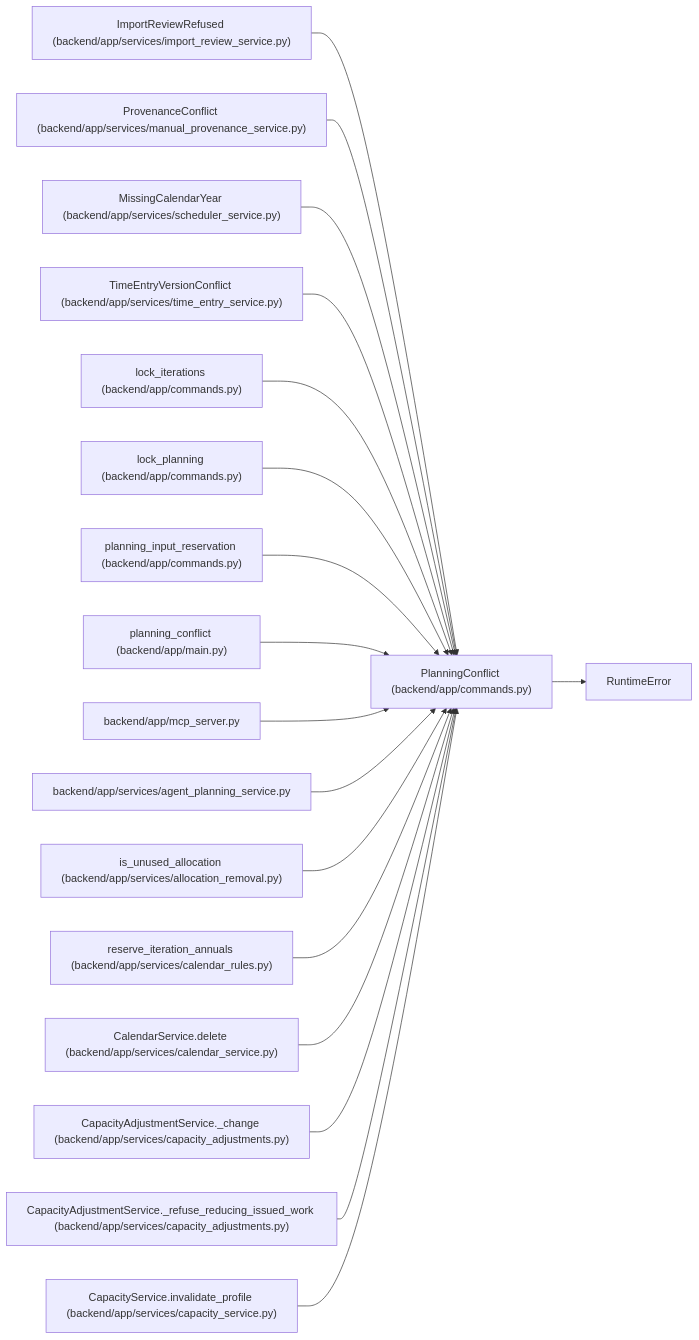
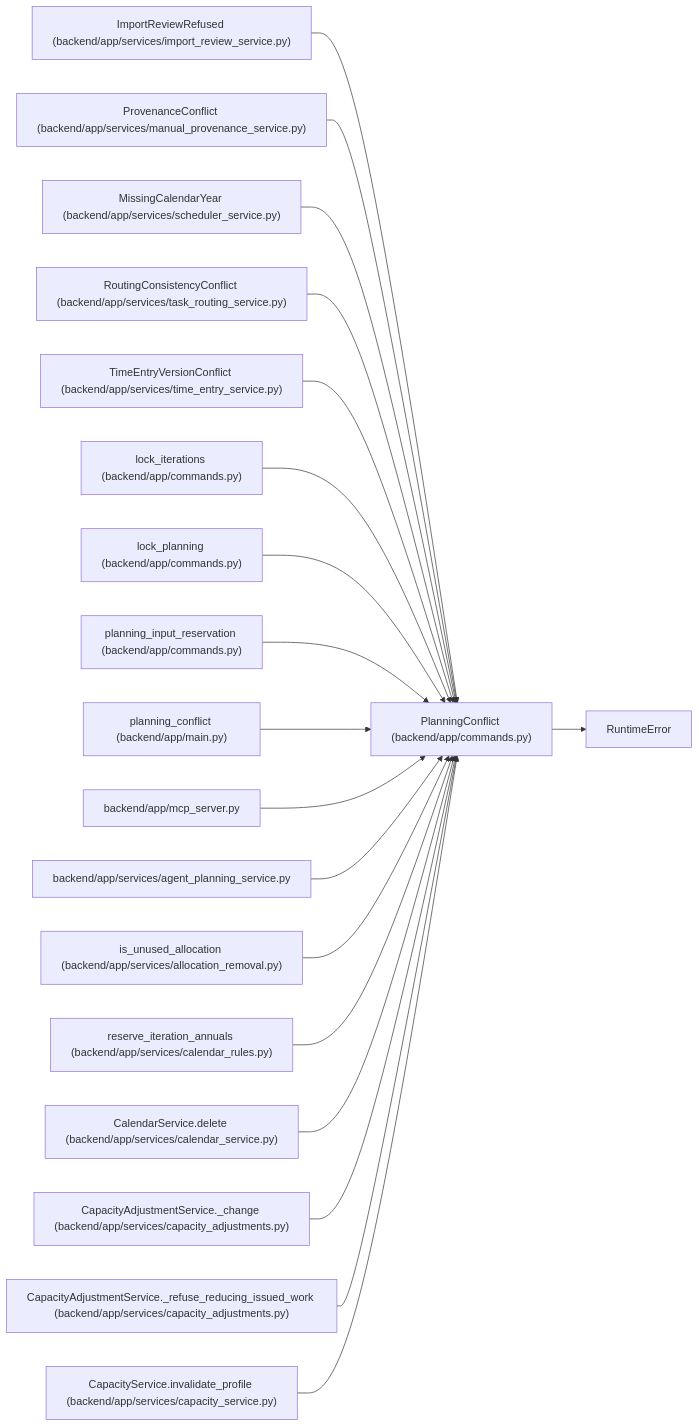
One commit to Denissvgn/WorkChord changed the diagram in docs/llm_wiki/entities/PlanningConflict.md. Above: the diagram before and after it, drawn with Mermaid. The commit also changed other lines of this file and 981 other files, not shown here.

Commit message:
Sync the architectural wiki for structured task routing

````diff
--- a/docs/llm_wiki/entities/PlanningConflict.md
+++ b/docs/llm_wiki/entities/PlanningConflict.md
@@ -26,55 +26,58 @@
 ```mermaid
 flowchart LR
     n0["PlanningConflict (backend/app/commands.py)"]
     n1["RuntimeError"]
     n2["ImportReviewRefused (backend/app/services/import_review_service.py)"]
     n3["ProvenanceConflict (backend/app/services/manual_provenance_service.py)"]
     n4["MissingCalendarYear (backend/app/services/scheduler_service.py)"]
-    n5["TimeEntryVersionConflict (backend/app/services/time_entry_service.py)"]
-    n6["lock_iterations (backend/app/commands.py)"]
-    n7["lock_planning (backend/app/commands.py)"]
-    n8["planning_input_reservation (backend/app/commands.py)"]
-    n9["planning_conflict (backend/app/main.py)"]
-    n10["backend/app/mcp_server.py"]
-    n11["backend/app/services/agent_planning_service.py"]
-    n12["is_unused_allocation (backend/app/services/allocation_removal.py)"]
-    n13["reserve_iteration_annuals (backend/app/services/calendar_rules.py)"]
-    n14["CalendarService.delete (backend/app/services/calendar_service.py)"]
-    n15["CapacityAdjustmentService._change (backend/app/services/capacity_adjustments.py)"]
-    n16["CapacityAdjustmentService._refuse_reducing_issued_work (backend/app/services/capacity_adjustments.py)"]
-    n17["CapacityService.invalidate_profile (backend/app/services/capacity_service.py)"]
+    n5["RoutingConsistencyConflict (backend/app/services/task_routing_service.py)"]
+    n6["TimeEntryVersionConflict (backend/app/services/time_entry_service.py)"]
+    n7["lock_iterations (backend/app/commands.py)"]
+    n8["lock_planning (backend/app/commands.py)"]
+    n9["planning_input_reservation (backend/app/commands.py)"]
+    n10["planning_conflict (backend/app/main.py)"]
+    n11["backend/app/mcp_server.py"]
+    n12["backend/app/services/agent_planning_service.py"]
+    n13["is_unused_allocation (backend/app/services/allocation_removal.py)"]
+    n14["reserve_iteration_annuals (backend/app/services/calendar_rules.py)"]
+    n15["CalendarService.delete (backend/app/services/calendar_service.py)"]
+    n16["CapacityAdjustmentService._change (backend/app/services/capacity_adjustments.py)"]
+    n17["CapacityAdjustmentService._refuse_reducing_issued_work (backend/app/services/capacity_adjustments.py)"]
+    n18["CapacityService.invalidate_profile (backend/app/services/capacity_service.py)"]
     n0 --> n1
     n2 --> n0
     n3 --> n0
     n4 --> n0
     n5 --> n0
     n6 --> n0
     n7 --> n0
     n8 --> n0
     n9 --> n0
     n10 --> n0
     n11 --> n0
     n12 --> n0
     n13 --> n0
     n14 --> n0
     n15 --> n0
     n16 --> n0
     n17 --> n0
+    n18 --> n0
     click n0 "../modules/commands.md"
     click n2 "../modules/import_review_service.md"
     click n3 "../modules/manual_provenance_service.md"
     click n4 "../modules/scheduler_service.md"
-    click n5 "../modules/time_entry_service.md"
-    click n6 "../modules/commands.md"
+    click n5 "../modules/task_routing_service.md"
+    click n6 "../modules/time_entry_service.md"
     click n7 "../modules/commands.md"
     click n8 "../modules/commands.md"
-    click n9 "../modules/app_main.md"
-    click n10 "../modules/mcp_server.md"
-    click n11 "../modules/agent_planning_service.md"
-    click n12 "../modules/allocation_removal.md"
-    click n13 "../modules/calendar_rules.md"
-    click n14 "../modules/calendar_service.md"
-    click n15 "../modules/capacity_adjustments.md"
+    click n9 "../modules/commands.md"
+    click n10 "../modules/app_main.md"
+    click n11 "../modules/mcp_server.md"
+    click n12 "../modules/agent_planning_service.md"
+    click n13 "../modules/allocation_removal.md"
+    click n14 "../modules/calendar_rules.md"
+    click n15 "../modules/calendar_service.md"
     click n16 "../modules/capacity_adjustments.md"
-    click n17 "../modules/capacity_service.md"
+    click n17 "../modules/capacity_adjustments.md"
+    click n18 "../modules/capacity_service.md"
 ```
````
